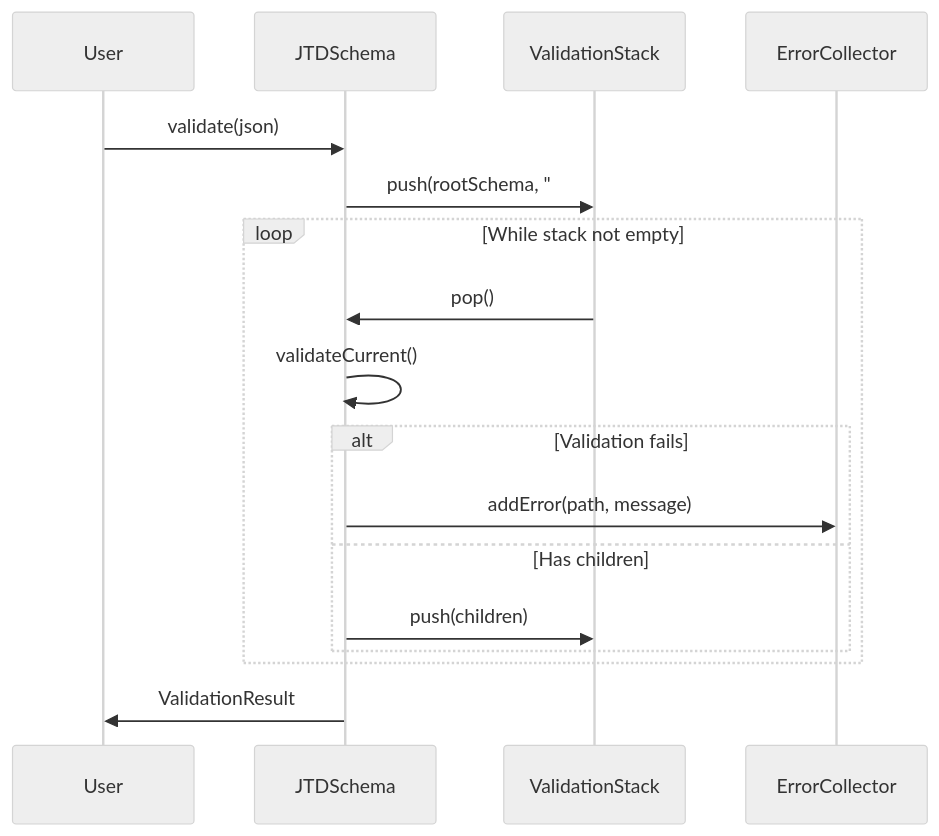
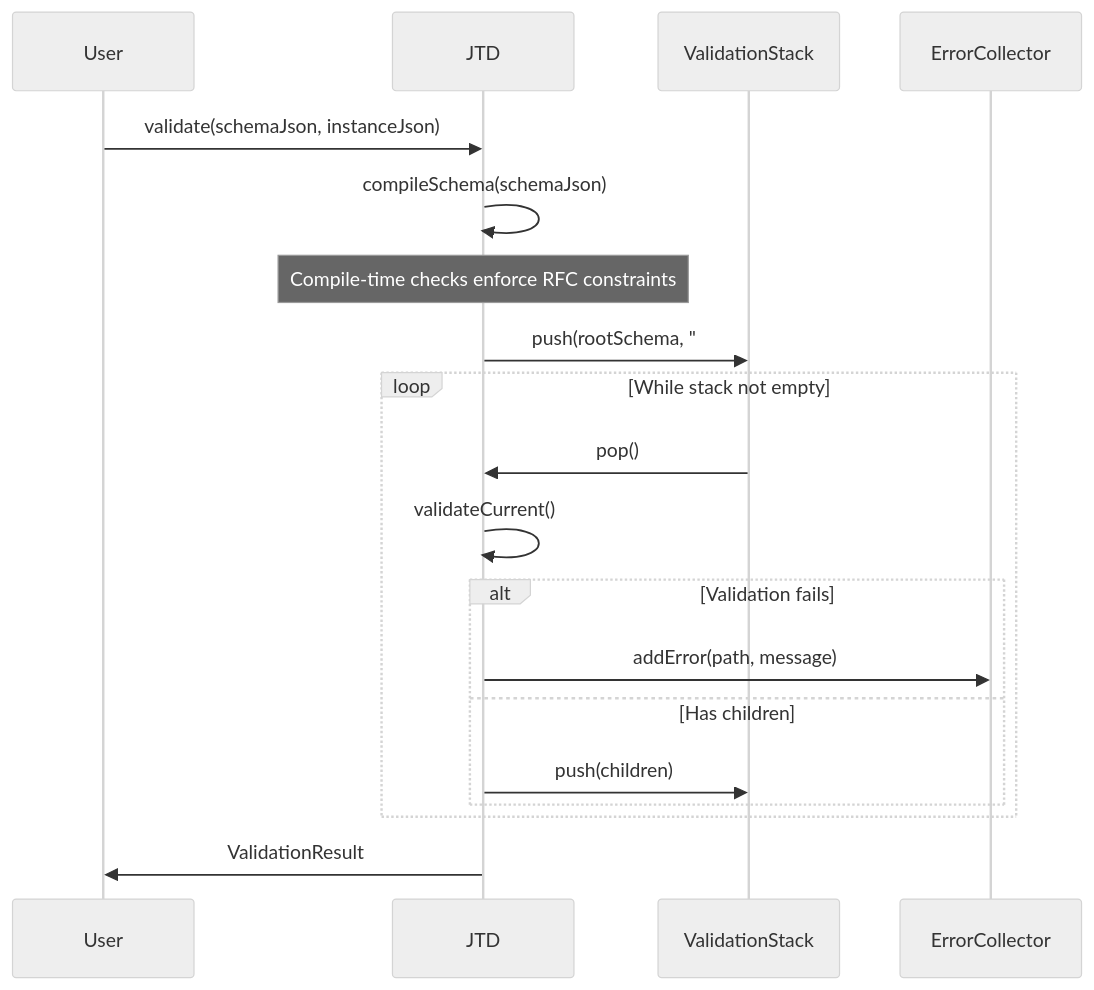
One commit to simbo1905/java.util.json.Java21 changed the second of 3 diagrams in json-java21-jtd/ARCHITECTURE.md. Above: the diagram before and after it, drawn with Mermaid (neutral theme). The commit also changed other lines of this file and 8 other files, not shown here.

````diff
--- a/json-java21-jtd/ARCHITECTURE.md
+++ b/json-java21-jtd/ARCHITECTURE.md
@@ -121,20 +137,22 @@
 ```mermaid
 sequenceDiagram
     participant User
-    participant JTDSchema
+    participant JTD
     participant ValidationStack
     participant ErrorCollector
     
-    User->>JTDSchema: validate(json)
-    JTDSchema->>ValidationStack: push(rootSchema, "#")
+    User->>JTD: validate(schemaJson, instanceJson)
+    JTD->>JTD: compileSchema(schemaJson)
+    Note over JTD: Compile-time checks enforce RFC constraints
+    JTD->>ValidationStack: push(rootSchema, "#")
     loop While stack not empty
-        ValidationStack->>JTDSchema: pop()
-        JTDSchema->>JTDSchema: validateCurrent()
+        ValidationStack->>JTD: pop()
+        JTD->>JTD: validateCurrent()
         alt Validation fails
-            JTDSchema->>ErrorCollector: addError(path, message)
+            JTD->>ErrorCollector: addError(path, message)
         else Has children
-            JTDSchema->>ValidationStack: push(children)
+            JTD->>ValidationStack: push(children)
         end
     end
-    JTDSchema->>User: ValidationResult
+    JTD->>User: ValidationResult
 ```
````
